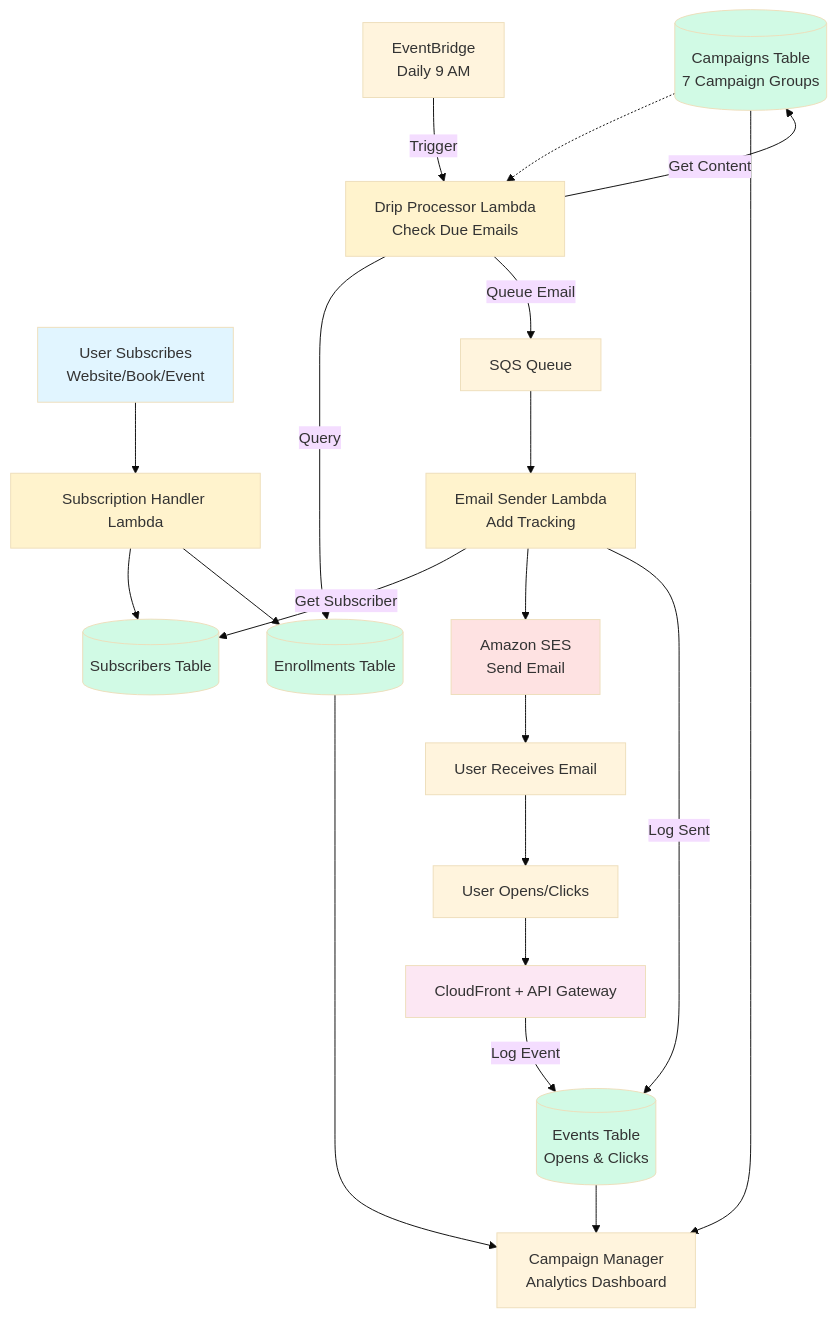
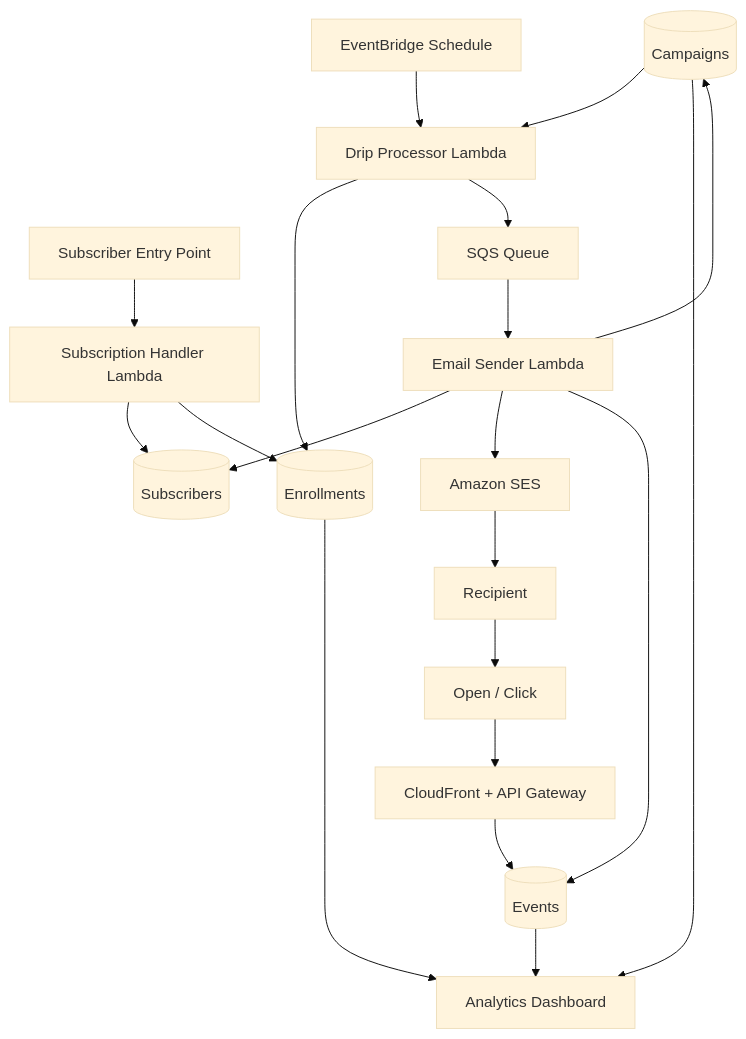
The diagram in email-system-simple.md (efong505/email-system-diagram), drawn with Mermaid (base theme) before and after one commit. The commit also changed other lines of this file, not shown here.

Commit message:
Generalize simplified email architecture

````diff
--- a/email-system-simple.md
+++ b/email-system-simple.md
@@ -3,68 +3,38 @@
 ```mermaid
 flowchart TD
-    %% Entry Points
-    A[User Subscribes<br/>Website/Book/Event]
-    
-    %% Subscription
+    A[Subscriber Entry Point]
     B[Subscription Handler Lambda]
-    C[(Subscribers Table)]
-    D[(Enrollments Table)]
-    
-    %% Campaign Storage
-    E[(Campaigns Table<br/>7 Campaign Groups)]
-    
-    %% Processing
-    F[EventBridge<br/>Daily 9 AM]
-    G[Drip Processor Lambda<br/>Check Due Emails]
+    C[(Subscribers)]
+    D[(Enrollments)]
+    E[(Campaigns)]
+    F[EventBridge Schedule]
+    G[Drip Processor Lambda]
     H[SQS Queue]
-    I[Email Sender Lambda<br/>Add Tracking]
-    
-    %% Delivery
-    J[Amazon SES<br/>Send Email]
-    K[User Receives Email]
-    
-    %% Tracking
-    L[User Opens/Clicks]
+    I[Email Sender Lambda]
+    J[Amazon SES]
+    K[Recipient]
+    L[Open / Click]
     M[CloudFront + API Gateway]
-    N[(Events Table<br/>Opens & Clicks)]
-    
-    %% Analytics
-    O[Campaign Manager<br/>Analytics Dashboard]
-    
-    %% Main Flow
+    N[(Events)]
+    O[Analytics Dashboard]
+
     A --> B
     B --> C
     B --> D
-    E -.-> G
-    
-    F -->|Trigger| G
-    G -->|Query| D
-    G -->|Get Content| E
-    G -->|Queue Email| H
-    
+    E --> G
+    F --> G
+    G --> D
+    G --> H
     H --> I
-    I -->|Get Subscriber| C
+    I --> C
+    I --> E
     I --> J
-    I -->|Log Sent| N
-    
+    I --> N
     J --> K
     K --> L
     L --> M
-    M -->|Log Event| N
-    
+    M --> N
     N --> O
     D --> O
     E --> O
-    
-    %% Styling
-    style A fill:#e1f5ff
-    style B fill:#fff3cd
-    style G fill:#fff3cd
-    style I fill:#fff3cd
-    style C fill:#d1fae5
-    style D fill:#d1fae5
-    style E fill:#d1fae5
-    style N fill:#d1fae5
-    style J fill:#fee2e2
-    style M fill:#fce7f3
 ```
````
